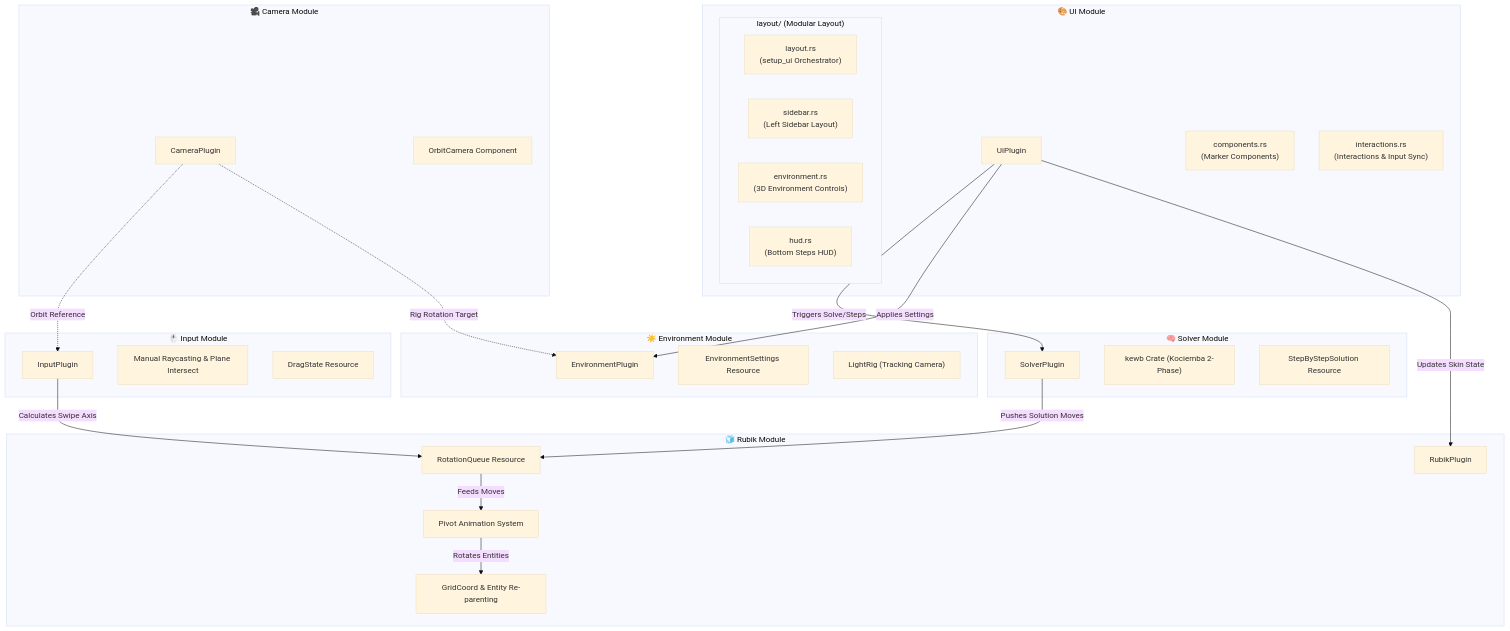
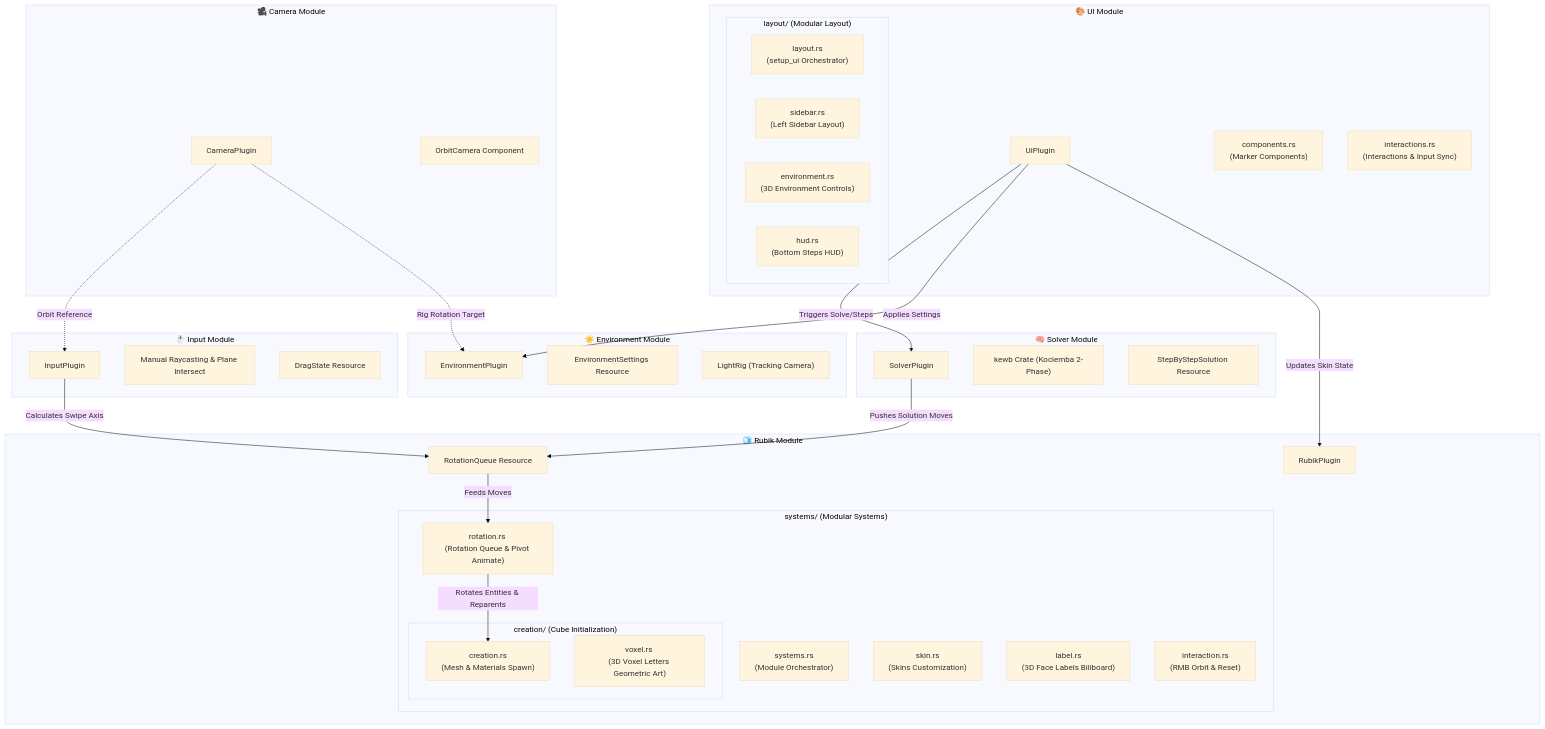
One commit to thichuong/Game_rubik changed the diagram in architecture.md. Above: the diagram before and after it, drawn with Mermaid (base theme). The commit also changed other lines of this file and 7 other files, not shown here.

Commit message:
refactor: modularize rubik systems into decoupled submodules for creation, rotation, skinning, labeling, and interaction.

````diff
--- a/architecture.md
+++ b/architecture.md
@@ -11,59 +11,68 @@
 ```mermaid
 graph TD
     %% Module Plugins
     subgraph UI ["🎨 UI Module"]
         UiPlugin["UiPlugin"]
         Components["components.rs <br>(Marker Components)"]
         Interactions["interactions.rs <br>(Interactions & Input Sync)"]
         subgraph Layout ["layout/ (Modular Layout)"]
             LayoutMod["layout.rs <br>(setup_ui Orchestrator)"]
             Sidebar["sidebar.rs <br>(Left Sidebar Layout)"]
             Env["environment.rs <br>(3D Environment Controls)"]
             HUD["hud.rs <br>(Bottom Steps HUD)"]
         end
     end
 
     subgraph Input ["🖱️ Input Module"]
         InputPlugin["InputPlugin"]
         Raycast["Manual Raycasting & Plane Intersect"]
         DragState["DragState Resource"]
     end
 
     subgraph Solver ["🧠 Solver Module"]
         SolverPlugin["SolverPlugin"]
         Kewb["kewb Crate (Kociemba 2-Phase)"]
         StepByStep["StepByStepSolution Resource"]
     end
 
     subgraph Camera ["🎥 Camera Module"]
         CameraPlugin["CameraPlugin"]
         Orbit["OrbitCamera Component"]
     end
 
     subgraph Environment ["☀️ Environment Module"]
         EnvPlugin["EnvironmentPlugin"]
         Settings["EnvironmentSettings Resource"]
         LightRig["LightRig (Tracking Camera)"]
     end
 
     subgraph RubikCore ["🧊 Rubik Module"]
         RubikPlugin["RubikPlugin"]
         RotQueue["RotationQueue Resource"]
-        PivotAnimate["Pivot Animation System"]
-        GridCoord["GridCoord & Entity Re-parenting"]
+        subgraph RubikSystems ["systems/ (Modular Systems)"]
+            SysOrch["systems.rs <br>(Module Orchestrator)"]
+            subgraph RubikCreation ["creation/ (Cube Initialization)"]
+                Creation["creation.rs <br>(Mesh & Materials Spawn)"]
+                Voxel["voxel.rs <br>(3D Voxel Letters Geometric Art)"]
+            end
+            Rotation["rotation.rs <br>(Rotation Queue & Pivot Animate)"]
+            Skin["skin.rs <br>(Skins Customization)"]
+            Label["label.rs <br>(3D Face Labels Billboard)"]
+            Interaction["interaction.rs <br>(RMB Orbit & Reset)"]
+        end
     end
 
     %% Interactions
     UiPlugin -->|Triggers Solve/Steps| SolverPlugin
     UiPlugin -->|Applies Settings| EnvPlugin
     UiPlugin -->|Updates Skin State| RubikPlugin
     
     InputPlugin -->|Calculates Swipe Axis| RotQueue
     SolverPlugin -->|Pushes Solution Moves| RotQueue
     
-    RotQueue -->|Feeds Moves| PivotAnimate
-    PivotAnimate -->|Rotates Entities| GridCoord
+    RotQueue -->|Feeds Moves| Rotation
+    Rotation -->|Rotates Entities & Reparents| Creation
     
     CameraPlugin -.->|Orbit Reference| InputPlugin
     CameraPlugin -.->|Rig Rotation Target| EnvPlugin
 ```
````
